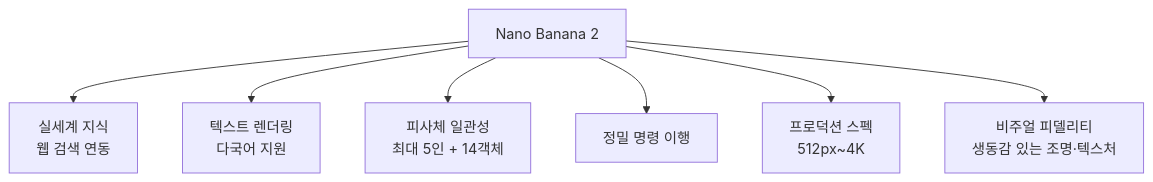
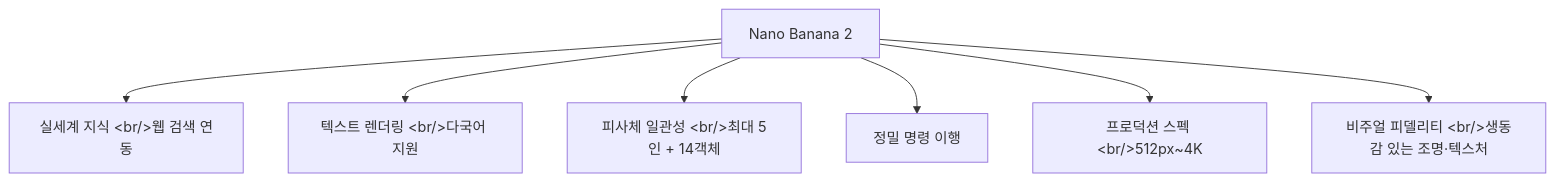
Before and after one commit to ice-ice-bear/ice-ice-bear.github.io: the second of 2 diagrams in content/posts/2026-03-04-nano-banana-2.md, drawn with Mermaid. The commit also changed other lines of this file and 5 other files, not shown here.

First line of the commit message:
fix: use HTML entities for <br/> in mermaid labels to prevent Hugo safeHTML rendering

````diff
--- a/content/posts/2026-03-04-nano-banana-2.md
+++ b/content/posts/2026-03-04-nano-banana-2.md
@@ -42,9 +42,9 @@
 ```mermaid
 graph TD
-    NB2[Nano Banana 2] --> WK["실세계 지식<br/>웹 검색 연동"]
-    NB2 --> TR["텍스트 렌더링<br/>다국어 지원"]
-    NB2 --> SC["피사체 일관성<br/>최대 5인 + 14객체"]
+    NB2[Nano Banana 2] --> WK["실세계 지식 &lt;br/&gt;웹 검색 연동"]
+    NB2 --> TR["텍스트 렌더링 &lt;br/&gt;다국어 지원"]
+    NB2 --> SC["피사체 일관성 &lt;br/&gt;최대 5인 + 14객체"]
     NB2 --> IF[정밀 명령 이행]
-    NB2 --> PS["프로덕션 스펙<br/>512px~4K"]
-    NB2 --> VF["비주얼 피델리티<br/>생동감 있는 조명·텍스처"]
+    NB2 --> PS["프로덕션 스펙 &lt;br/&gt;512px~4K"]
+    NB2 --> VF["비주얼 피델리티 &lt;br/&gt;생동감 있는 조명·텍스처"]
 ```
````
